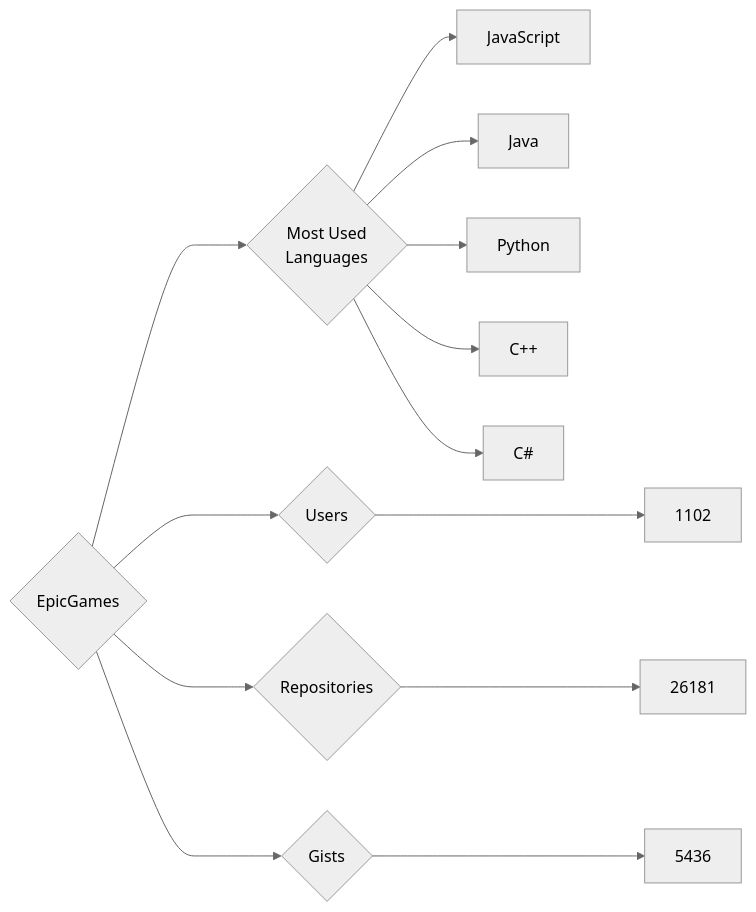
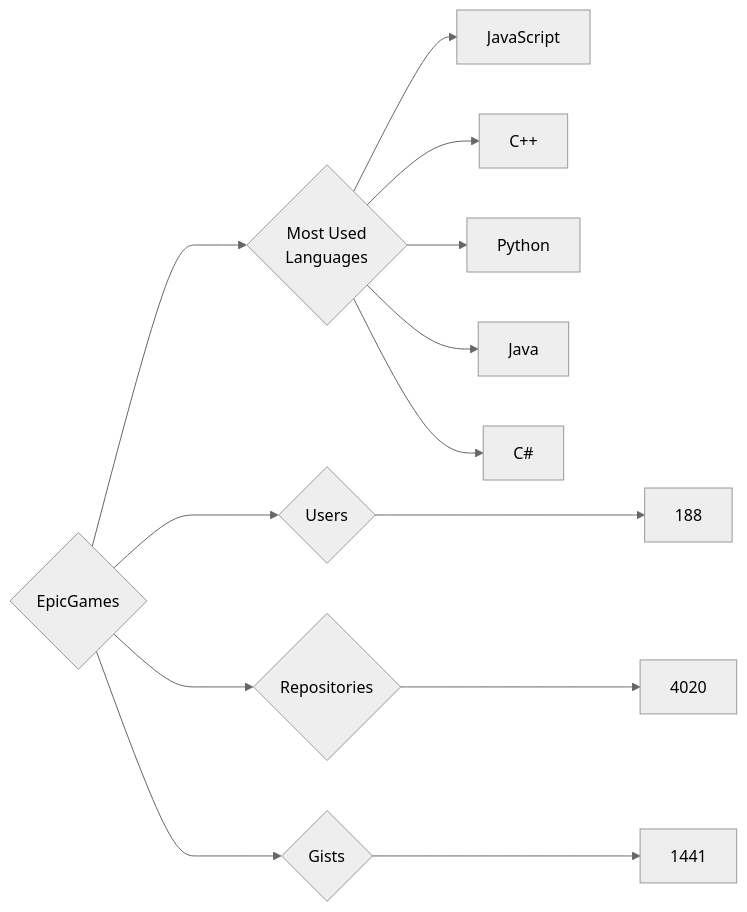
One commit to trickest/insiders changed the diagram in targets/EpicGames/README.md. Above: the diagram before and after it, drawn with Mermaid (neutral theme). The commit also changed 895 other files, not shown here.

````diff
--- a/targets/EpicGames/README.md
+++ b/targets/EpicGames/README.md
@@ -3,13 +3,13 @@
 ```mermaid
 graph LR
 COMPANY_NAME{EpicGames}
-COMPANY_NAME ---> U{Users} ---> UN[1102]
-COMPANY_NAME ---> R{Repositories} ---> RN[26181]
-COMPANY_NAME ---> G{Gists} ---> GN[5436]
+COMPANY_NAME ---> U{Users} ---> UN[188]
+COMPANY_NAME ---> R{Repositories} ---> RN[4020]
+COMPANY_NAME ---> G{Gists} ---> GN[1441]
 COMPANY_NAME ---> ML{Most Used<br>Languages}
 ML --> JavaScript[JavaScript]
+ML --> C++[C++]
+ML --> Python[Python]
 ML --> Java[Java]
-ML --> Python[Python]
-ML --> C++[C++]
 ML --> C#[C#]
 ```
````
